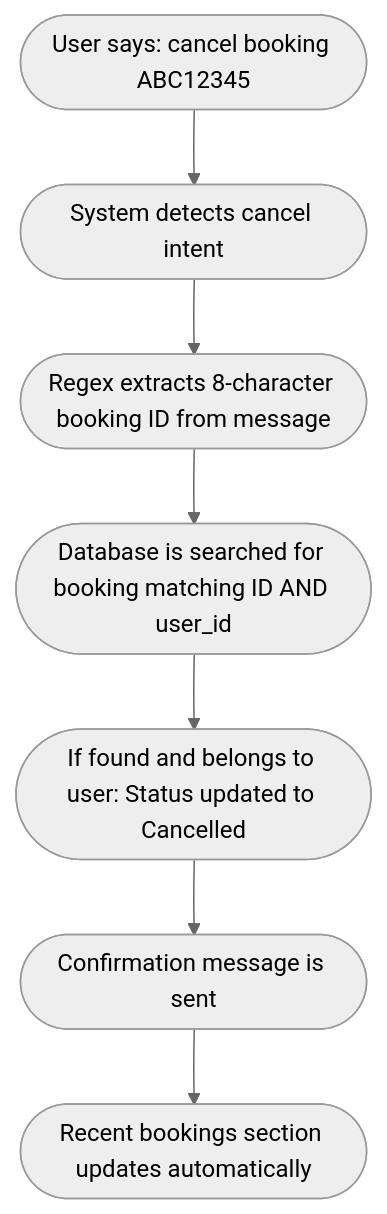
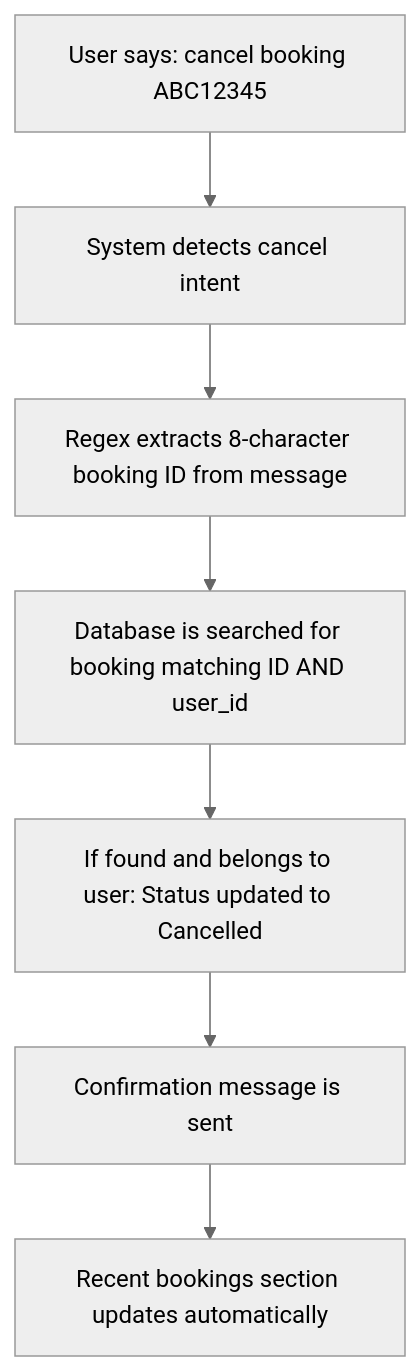
Before and after one commit to chaitanyasaiyerra/Musuem-chatbot: the tenth of 15 diagrams in STEP_BY_STEP_GUIDE.md, drawn with Mermaid (neutral theme). The commit also changed other lines of this file and 1 other file, not shown here.

Commit message:
docs: wrap mermaid nodes in standard boxes with quotes to prevent text wrapping

````diff
--- a/STEP_BY_STEP_GUIDE.md
+++ b/STEP_BY_STEP_GUIDE.md
@@ -160,9 +160,9 @@
 ```mermaid
 graph TD
-    A([User says: cancel booking ABC12345]) --> B([System detects cancel intent])
-    B --> C([Regex extracts 8-character booking ID from message])
-    C --> D([Database is searched for booking matching ID AND user_id])
-    D --> E([If found and belongs to user: Status updated to Cancelled])
-    E --> F([Confirmation message is sent])
-    F --> G([Recent bookings section updates automatically])
+    A["User says: cancel booking ABC12345"] --> B["System detects cancel intent"]
+    B --> C["Regex extracts 8-character booking ID from message"]
+    C --> D["Database is searched for booking matching ID AND user_id"]
+    D --> E["If found and belongs to user: Status updated to Cancelled"]
+    E --> F["Confirmation message is sent"]
+    F --> G["Recent bookings section updates automatically"]
 ```
````
